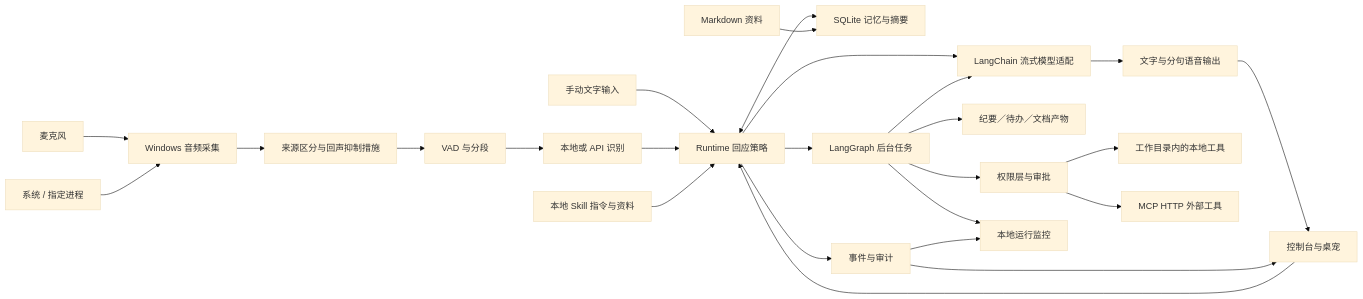
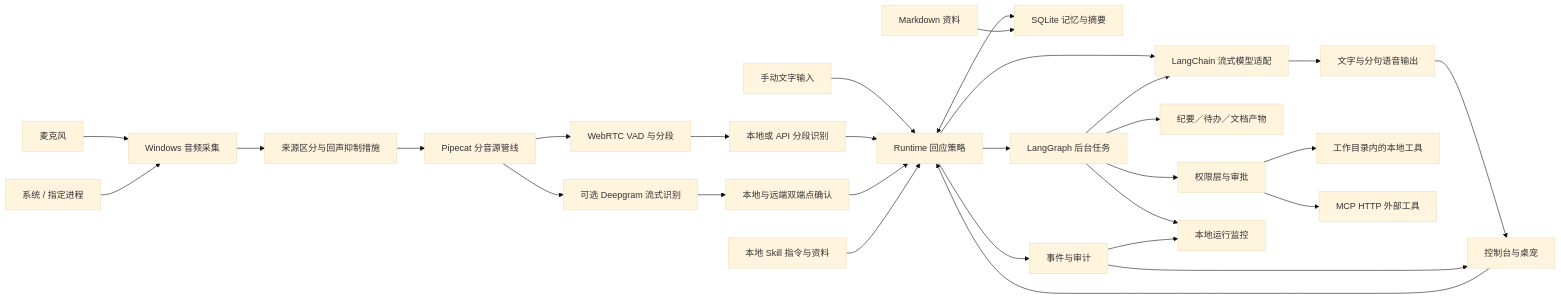
Before and after one commit to MuzeAnisichael/GreatSage: the diagram in docs/architecture.md, drawn with Mermaid (base theme). The commit also changed other lines of this file and 12 other files, not shown here.

````diff
--- a/docs/architecture.md
+++ b/docs/architecture.md
@@ -7,27 +7,31 @@
 ```mermaid
 flowchart LR
     Mic[麦克风] --> Capture[Windows 音频采集]
     Desktop[系统 / 指定进程] --> Capture
     Capture --> Echo[来源区分与回声抑制措施]
-    Echo --> VAD[VAD 与分段]
-    VAD --> ASR[本地或 API 识别]
+    Echo --> Pipe[Pipecat 分音源管线]
+    Pipe --> VAD[WebRTC VAD 与分段]
+    VAD --> ASR[本地或 API 分段识别]
+    Pipe --> Streaming[可选 Deepgram 流式识别]
+    Streaming --> Turn[本地与远端双端点确认]
     Text[手动文字输入] --> Runtime[Runtime 回应策略]
     ASR --> Runtime
+    Turn --> Runtime
     Runtime <--> Memory[SQLite 记忆与摘要]
     Skills[本地 Skill 指令与资料] --> Runtime
     Runtime --> LLM[LangChain 流式模型适配]
     LLM --> Output[文字与分句语音输出]
     Output --> UI[控制台与桌宠]
     UI --> Runtime
     Runtime --> Events[事件与审计]
     Events --> UI
     Materials[Markdown 资料] --> Memory
     Runtime --> Tasks[LangGraph 后台任务]
     Tasks --> LLM
     Tasks --> Artifacts[纪要／待办／文档产物]
     Tasks --> Policy[权限层与审批]
     Policy --> Tools[工作目录内的本地工具]
     Policy --> MCP[MCP HTTP 外部工具]
     Tasks --> Inspector[本地运行监控]
     Events --> Inspector
 ```
````
